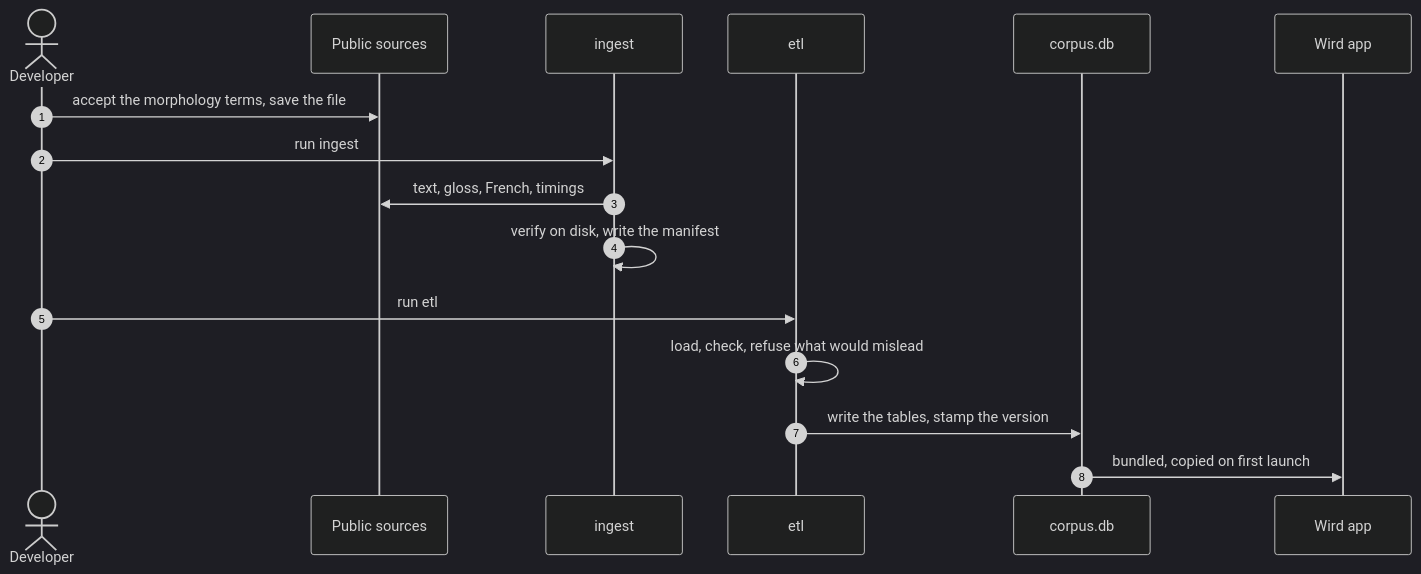
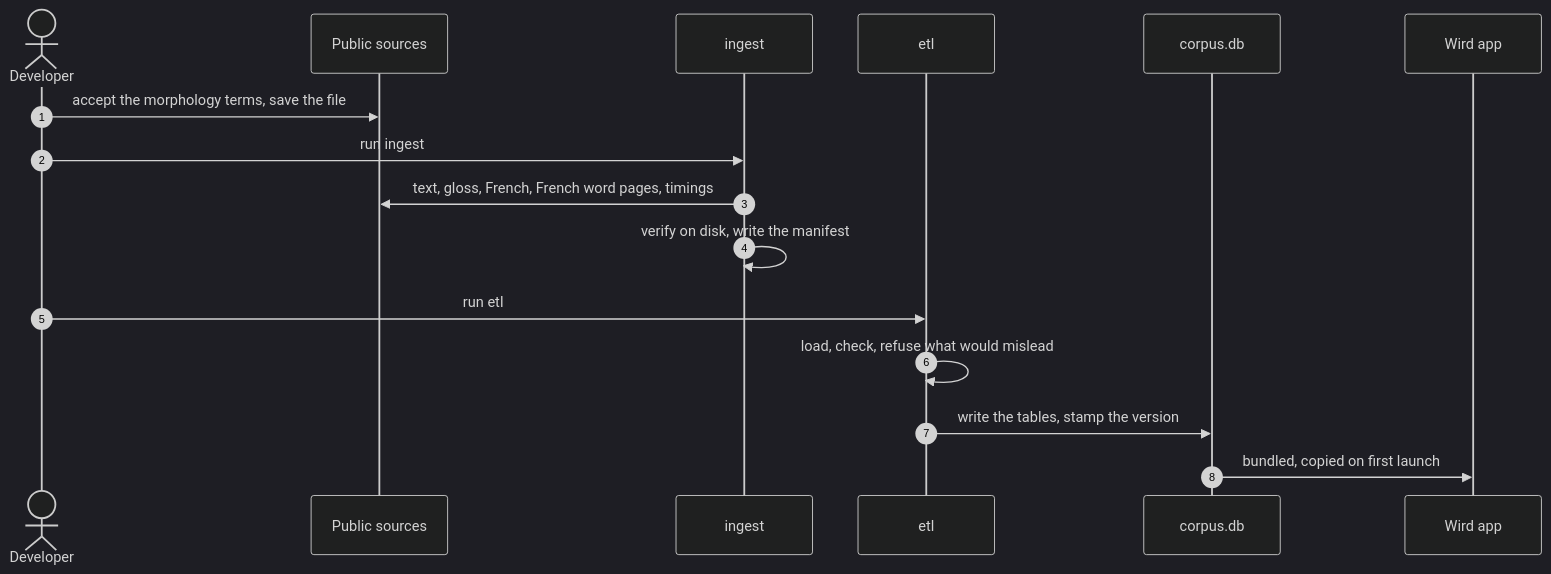
The diagram in docs/tours/where-the-text-comes-from.md (MohammadBnei/wird), drawn with Mermaid (dark theme) before and after one commit. The commit also changed other lines of this file and 64 other files, not shown here.

First line of the commit message:
French word glosses from The Last Dialogue, and a root panel that walks word by word

````diff
--- a/docs/tours/where-the-text-comes-from.md
+++ b/docs/tours/where-the-text-comes-from.md
@@ -5,18 +5,18 @@
 ```mermaid
 sequenceDiagram
   autonumber
   actor D as Developer
   participant Src as Public sources
   participant I as ingest
   participant E as etl
   participant C as corpus.db
   participant A as Wird app
   D->>Src: accept the morphology terms, save the file
   D->>I: run ingest
-  I->>Src: text, gloss, French, timings
+  I->>Src: text, gloss, French, French word pages, timings
   I->>I: verify on disk, write the manifest
   D->>E: run etl
   E->>E: load, check, refuse what would mislead
   E->>C: write the tables, stamp the version
   C->>A: bundled, copied on first launch
 ```
````
